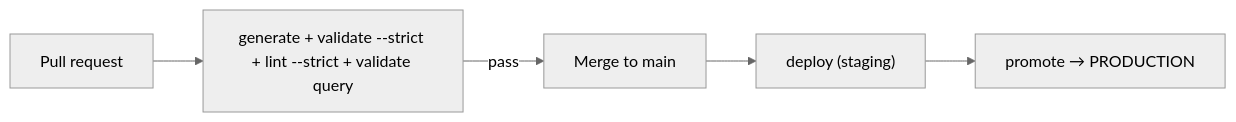
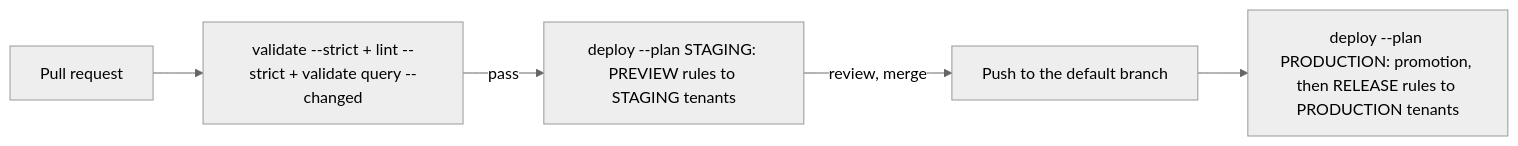
Before and after one commit to opentidehq/opentide: the diagram in docs/usage/workflows/ci-cd.md, drawn with Mermaid (neutral theme). The commit also changed other lines of this file and 10 other files, not shown here.

````diff
--- a/docs/usage/workflows/ci-cd.md
+++ b/docs/usage/workflows/ci-cd.md
@@ -10,7 +10,7 @@
 ```mermaid
 flowchart LR
-  pr["Pull request"] --> validate["generate + validate --strict + lint --strict + validate query"]
-  validate -->|pass| merge["Merge to main"]
-  merge --> stage["deploy (staging)"]
-  stage --> promote["promote → PRODUCTION"]
+  pr["Pull request"] --> validate["validate --strict + lint --strict + validate query --changed"]
+  validate -->|pass| preview["deploy --plan STAGING: PREVIEW rules to STAGING tenants"]
+  preview -->|review, merge| merge["Push to the default branch"]
+  merge --> release["deploy --plan PRODUCTION: promotion, then RELEASE rules to PRODUCTION tenants"]
 ```
````
